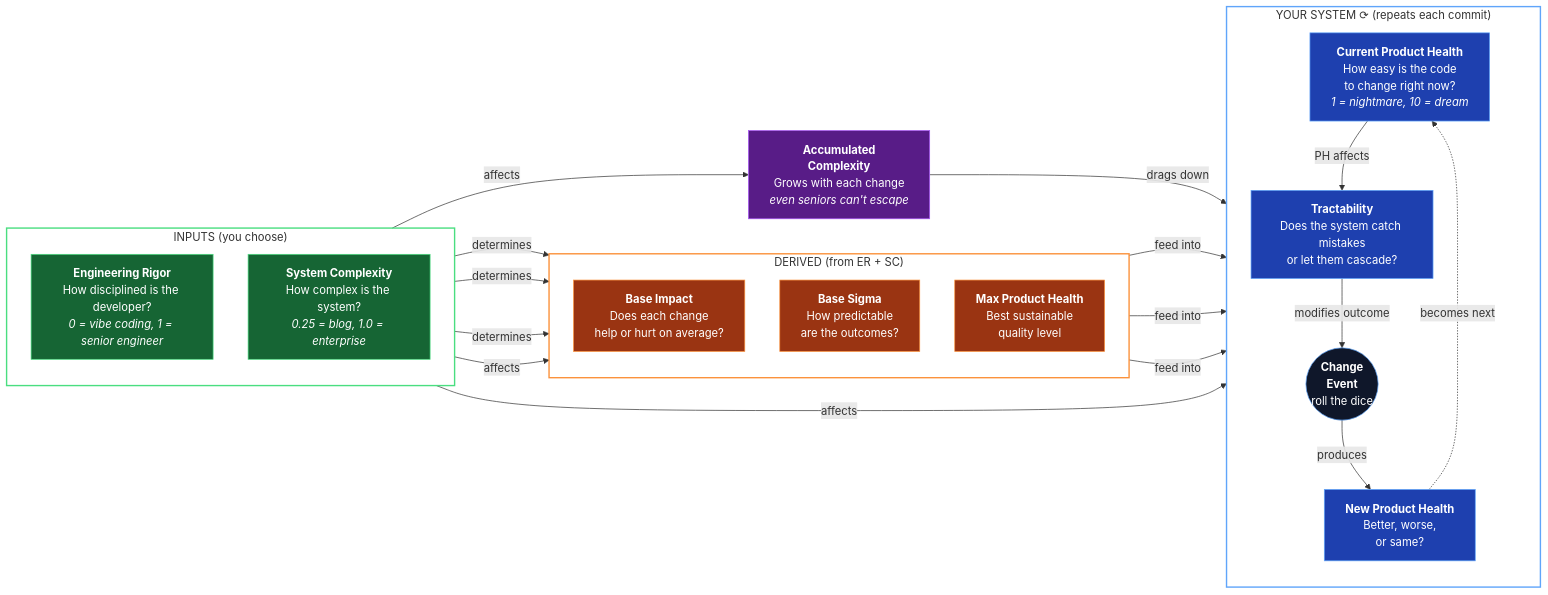
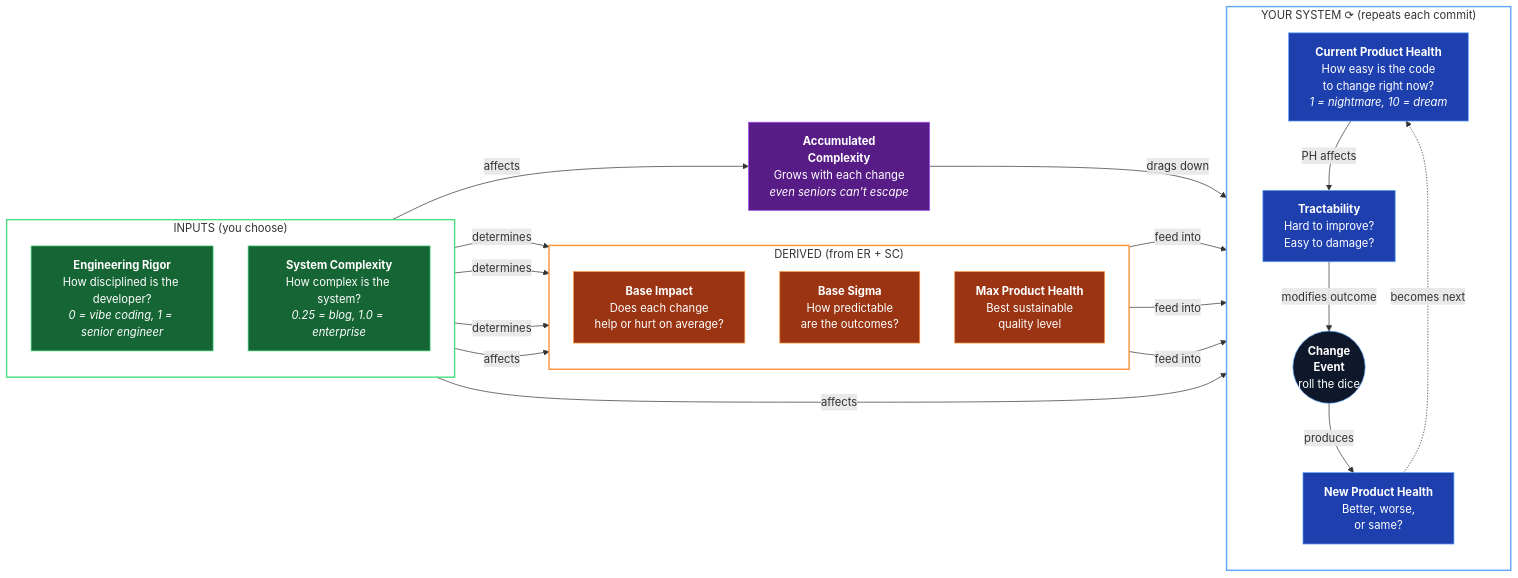
The diagram in README.md (dawid-dahl-umain/product-health-dynamics), drawn with Mermaid before and after one commit.

Commit message:
docs: update 'Tractability' description in README for clarity on system improvement and damage

````diff
--- a/README.md
+++ b/README.md
@@ -74,53 +74,53 @@
 ```mermaid
 flowchart LR
     subgraph inputs ["INPUTS (you choose)"]
         direction TB
         ER["<b>Engineering Rigor</b><br/>How disciplined is the developer?<br/><i>0 = vibe coding, 1 = senior engineer</i>"]
         SC["<b>System Complexity</b><br/>How complex is the system?<br/><i>0.25 = blog, 1.0 = enterprise</i>"]
     end
 
     subgraph derived ["DERIVED (from ER + SC)"]
         direction TB
         BI["<b>Base Impact</b><br/>Does each change<br/>help or hurt on average?"]
         BS["<b>Base Sigma</b><br/>How predictable<br/>are the outcomes?"]
         MH["<b>Max Product Health</b><br/>Best sustainable<br/>quality level"]
     end
 
     subgraph loop ["YOUR SYSTEM ⟳ (repeats each commit)"]
         direction TB
         PH["<b>Current Product Health</b><br/>How easy is the code<br/>to change right now?<br/><i>1 = nightmare, 10 = dream</i>"]
-        SS["<b>Tractability</b><br/>Does the system catch mistakes<br/>or let them cascade?"]
+        SS["<b>Tractability</b><br/>Hard to improve?<br/>Easy to damage?"]
         CE(("<b>Change</b><br/><b>Event</b><br/>roll the dice"))
         NPH["<b>New Product Health</b><br/>Better, worse,<br/>or same?"]
 
         PH -->|"PH affects"| SS
         SS -->|"modifies outcome"| CE
         CE -->|"produces"| NPH
         NPH -.->|"becomes next"| PH
     end
 
     AC["<b>Accumulated</b><br/><b>Complexity</b><br/>Grows with each change<br/><i>even seniors can't escape</i>"]
 
     ER -->|"determines"| BI & BS & MH
     SC -->|"affects"| BI
     SC -->|"affects"| SS
     SC -->|"affects"| AC
     BI & BS & MH -->|"feed into"| CE
     AC -->|"drags down"| CE
 
     style inputs fill:none,stroke:#4ade80,stroke-width:2px
     style derived fill:none,stroke:#fb923c,stroke-width:2px
     style loop fill:none,stroke:#60a5fa,stroke-width:2px
 
     classDef inputNode fill:#166534,stroke:#4ade80,color:#fff
     classDef derivedNode fill:#9a3412,stroke:#fb923c,color:#fff
     classDef loopNode fill:#1e40af,stroke:#60a5fa,color:#fff
     classDef timeNode fill:#581c87,stroke:#a855f7,color:#fff
     classDef eventNode fill:#0f172a,stroke:#60a5fa,color:#fff
 
     class ER,SC inputNode
     class BI,BS,MH derivedNode
     class PH,SS,NPH loopNode
     class CE eventNode
     class AC timeNode
 ```
````
